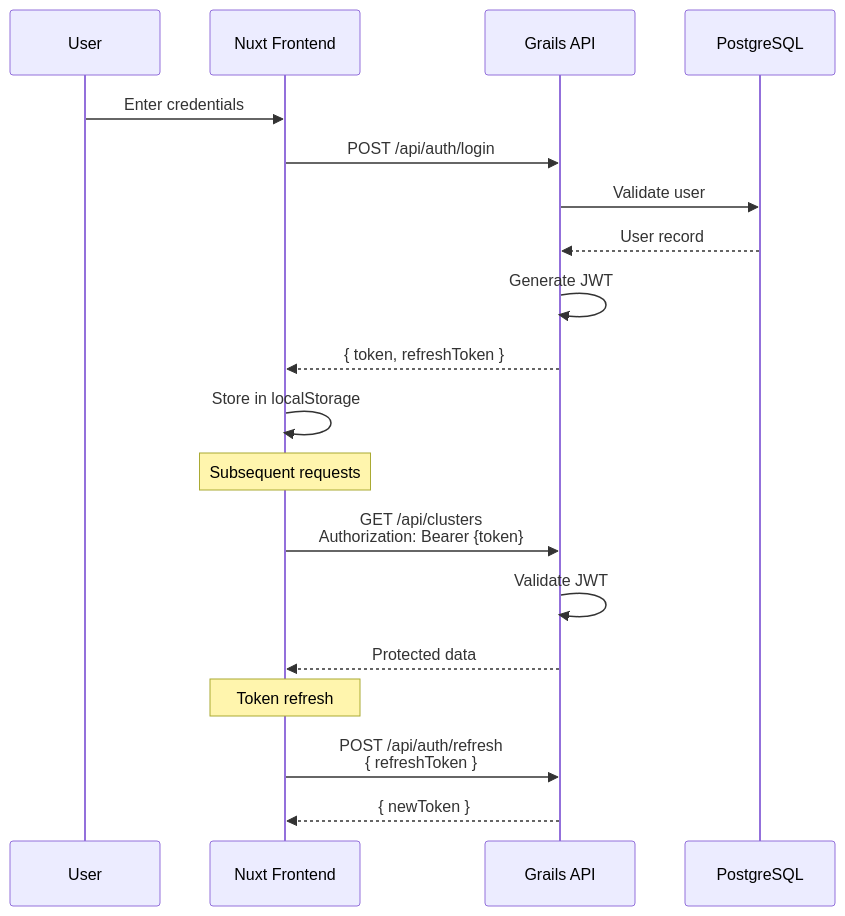
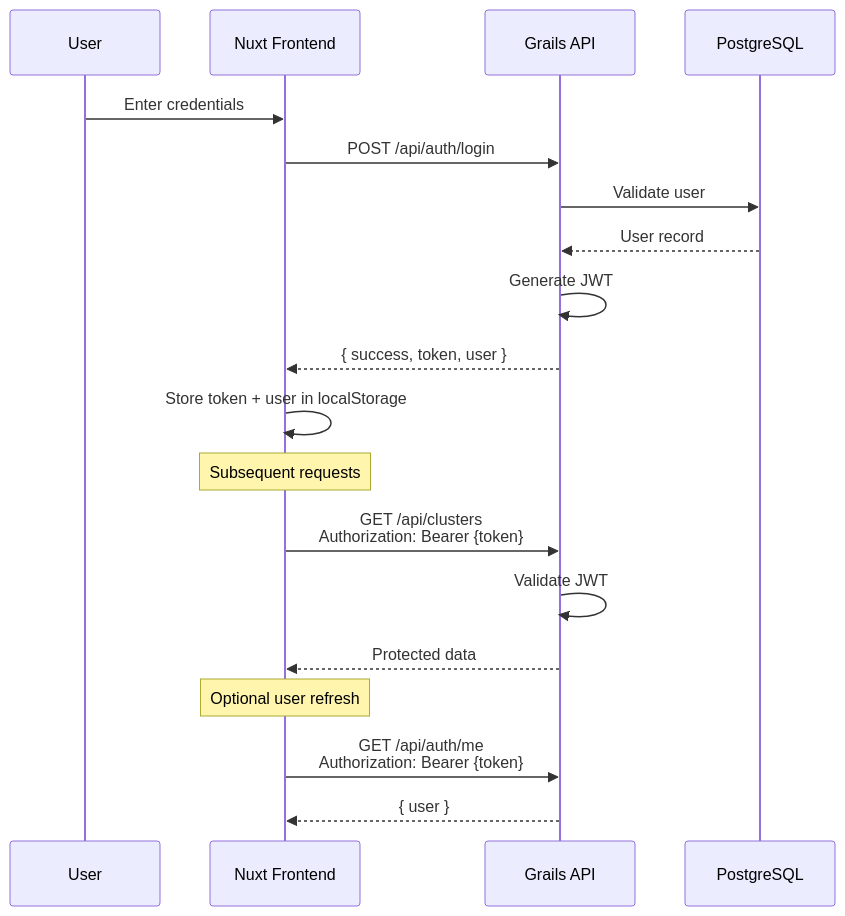
One commit to Bphissles/brand-sentiment-analysis changed the sixth of 7 diagrams in docs/ARCHITECTURE.md. Above: the diagram before and after it, drawn with Mermaid. The commit also changed other lines of this file and 6 other files, not shown here.

````diff
--- a/docs/ARCHITECTURE.md
+++ b/docs/ARCHITECTURE.md
@@ -231,26 +236,26 @@
 ```mermaid
 sequenceDiagram
     participant User
     participant Nuxt as Nuxt Frontend
     participant Grails as Grails API
     participant DB as PostgreSQL
 
     User->>Nuxt: Enter credentials
     Nuxt->>Grails: POST /api/auth/login
     Grails->>DB: Validate user
     DB-->>Grails: User record
     Grails->>Grails: Generate JWT
-    Grails-->>Nuxt: { token, refreshToken }
-    Nuxt->>Nuxt: Store in localStorage
+    Grails-->>Nuxt: { success, token, user }
+    Nuxt->>Nuxt: Store token + user in localStorage
 
     Note over Nuxt: Subsequent requests
 
     Nuxt->>Grails: GET /api/clusters<br/>Authorization: Bearer {token}
     Grails->>Grails: Validate JWT
     Grails-->>Nuxt: Protected data
 
-    Note over Nuxt: Token refresh
+    Note over Nuxt: Optional user refresh
 
-    Nuxt->>Grails: POST /api/auth/refresh<br/>{ refreshToken }
-    Grails-->>Nuxt: { newToken }
+    Nuxt->>Grails: GET /api/auth/me<br/>Authorization: Bearer {token}
+    Grails-->>Nuxt: { user }
 ```
````
